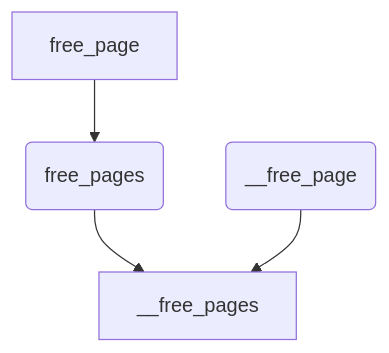
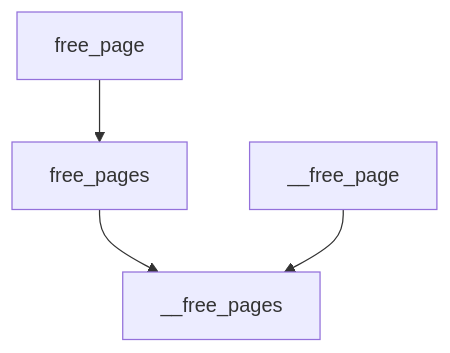
The fourth of 4 diagrams in docs/08-内存管理.md (liushupeng/LinuxKernel), drawn with Mermaid before and after one commit. The commit also changed other lines of this file, not shown here.

````diff
--- a/docs/08-内存管理.md
+++ b/docs/08-内存管理.md
@@ -245,6 +267,6 @@
 ```mermaid
 graph TD
-    A[free_page] --> B(free_pages)
-    B(free_pages) --> D[__free_pages]
-    C(__free_page) --> D[__free_pages]
+    A[free_page] --> B[free_pages]
+    B[free_pages] --> D[__free_pages]
+    C[__free_page] --> D[__free_pages]
 ```
````
